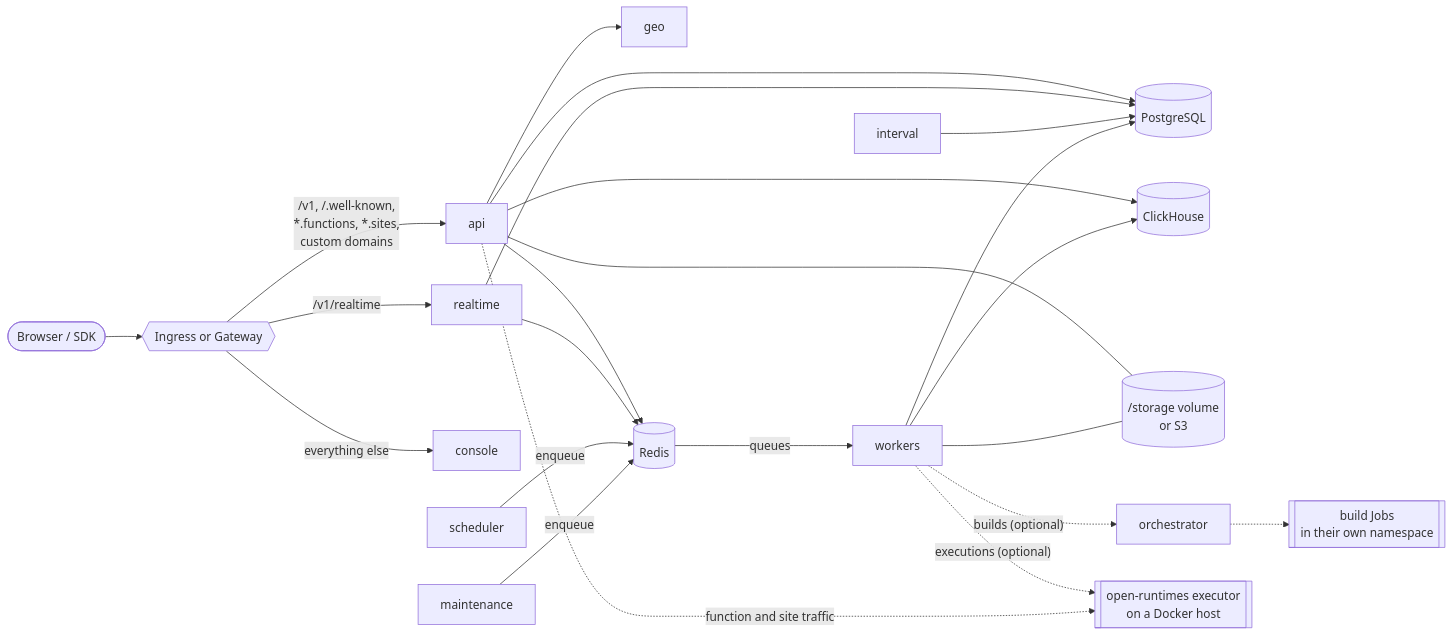
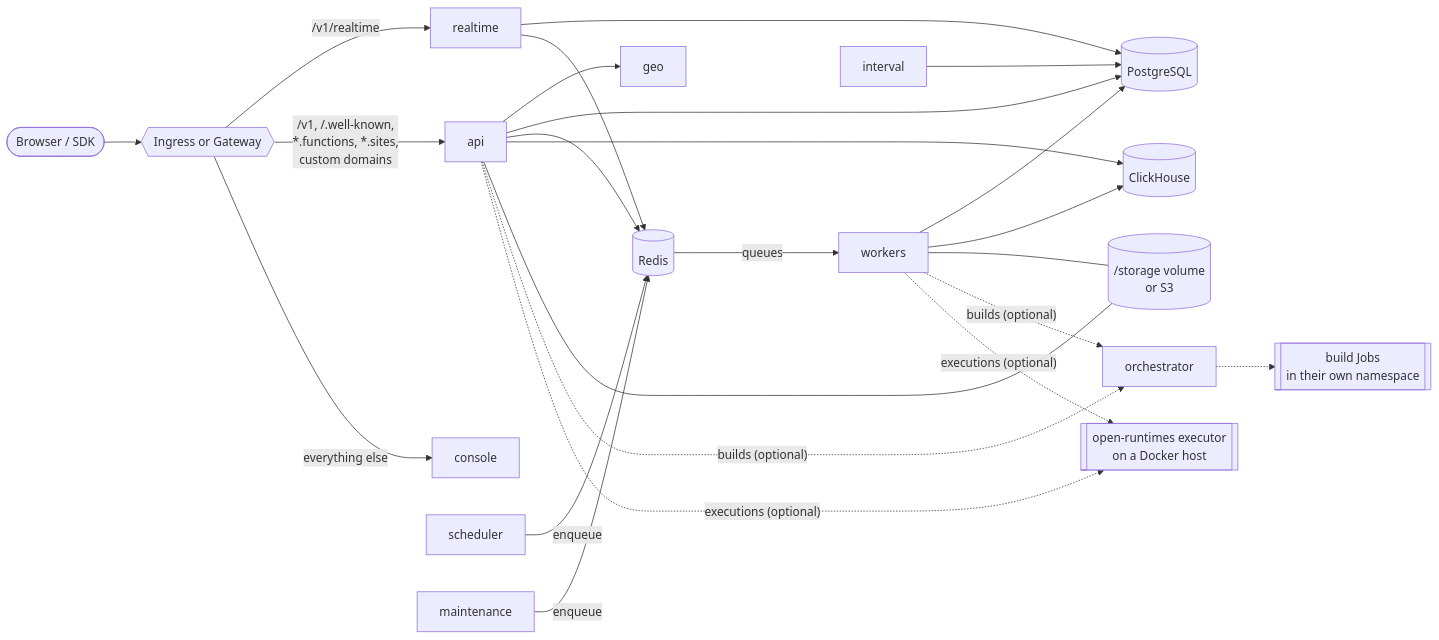
Before and after one commit to appwrite/helm-chart: the diagram in docs/architecture.md, drawn with Mermaid. The commit also changed other lines of this file and 19 other files, not shown here.

Commit message:
docs: fix audit findings, document chart behaviour changes

````diff
--- a/docs/architecture.md
+++ b/docs/architecture.md
@@ -8,29 +8,28 @@
 ```mermaid
 flowchart LR
   user([Browser / SDK]) --> edge{{Ingress or Gateway}}
 
   edge -- "/v1/realtime" --> realtime[realtime]
   edge -- "/v1, /.well-known,\n*.functions, *.sites,\ncustom domains" --> api[api]
   edge -- "everything else" --> console[console]
 
   api --> geo[geo]
   api --> pg[(PostgreSQL)]
   api --> redis[(Redis)]
   api --> ch[(ClickHouse)]
   realtime --> pg
   realtime --> redis
 
   redis -- queues --> worker[workers]
   scheduler[scheduler] -- enqueue --> redis
   maintenance[maintenance] -- enqueue --> redis
   interval[interval] --> pg
 
   worker --> pg
   worker --> ch
   api --- storage[(/storage volume\nor S3)]
   worker --- storage
 
-  worker -. "builds (optional)" .-> orchestrator[orchestrator] -.-> builds[[build Jobs\nin their own namespace]]
-  worker -. "executions (optional)" .-> executor[[open-runtimes executor\non a Docker host]]
-  api -. "function and site traffic" .-> executor
+  api & worker -. "builds (optional)" .-> orchestrator[orchestrator] -.-> builds[[build Jobs\nin their own namespace]]
+  api & worker -. "executions (optional)" .-> executor[[open-runtimes executor\non a Docker host]]
 ```
````
